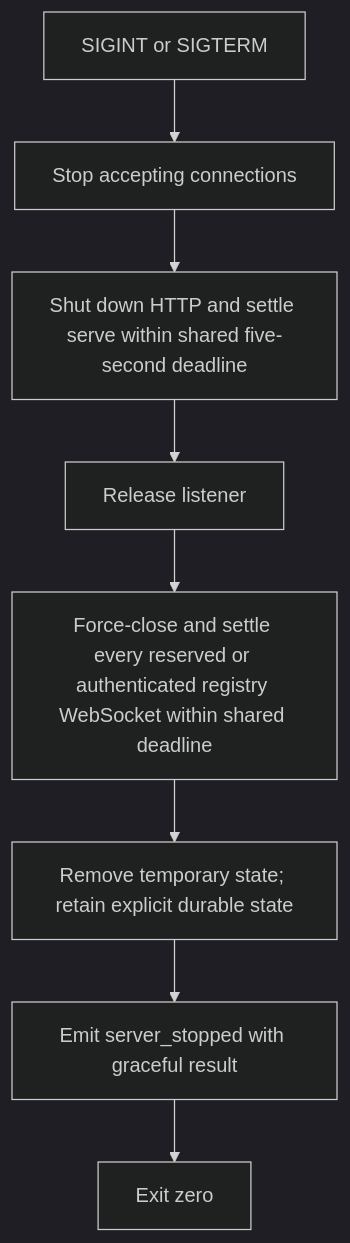
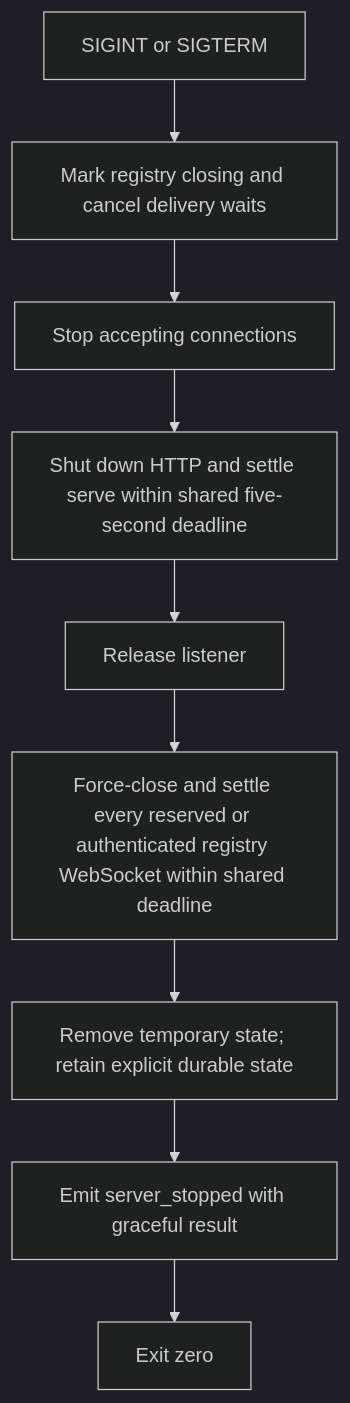
Before and after one commit to tigorlazuardi/pi-messaging-relay: the diagram in docs/src/content/docs/developer/relay/process-lifecycle.mdx, drawn with Mermaid (dark theme). The commit also changed other lines of this file and 22 other files, not shown here.

````diff
--- a/docs/src/content/docs/developer/relay/process-lifecycle.mdx
+++ b/docs/src/content/docs/developer/relay/process-lifecycle.mdx
@@ -49,10 +49,11 @@
 ```mermaid
 flowchart TD
-    S[SIGINT or SIGTERM] --> A[Stop accepting connections]
+    S[SIGINT or SIGTERM] --> B[Mark registry closing and cancel delivery waits]
+    B --> A[Stop accepting connections]
     A --> D[Shut down HTTP and settle serve within shared five-second deadline]
     D --> R[Release listener]
     R --> W[Force-close and settle every reserved or authenticated registry WebSocket within shared deadline]
     W --> C[Remove temporary state; retain explicit durable state]
     C --> E[Emit server_stopped with graceful result]
     E --> X[Exit zero]
 ```
````
